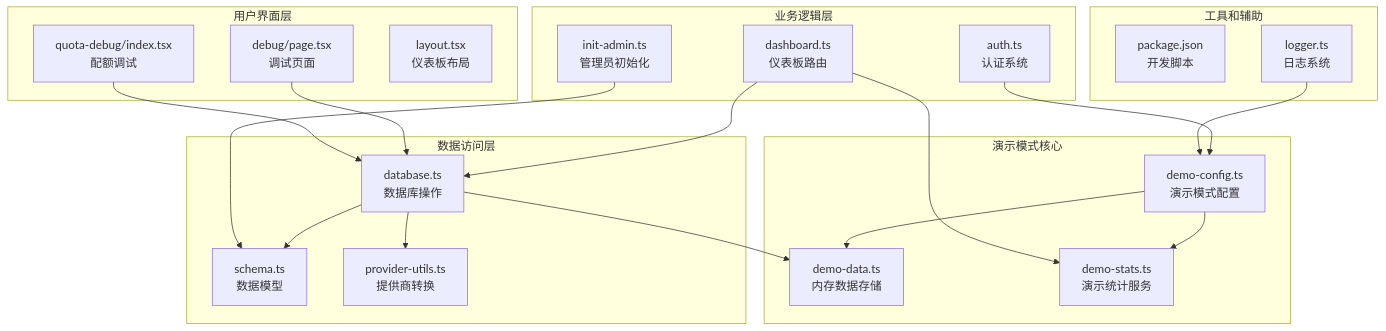
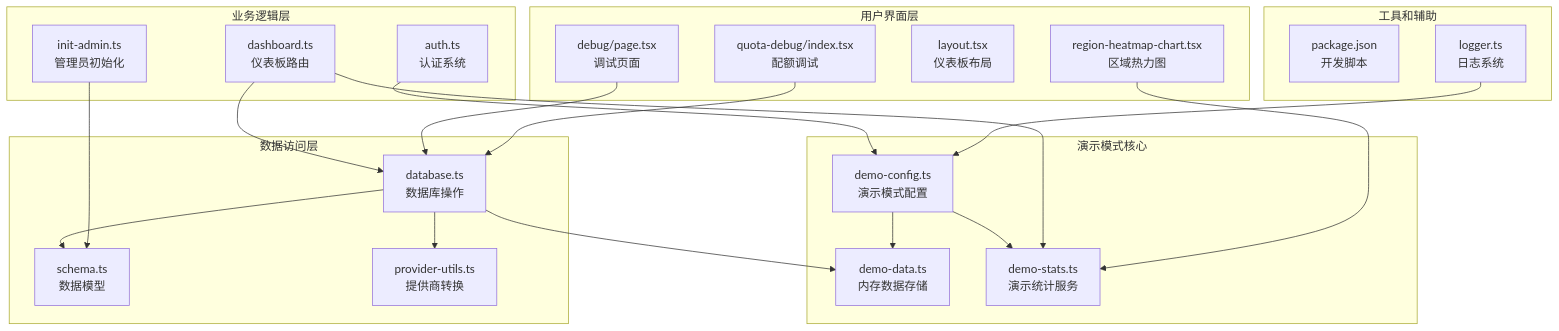
One commit to RadiumAg/AIGate changed the first of 9 diagrams in .qoder/repowiki/zh/content/核心功能/演示模式系统.md. Above: the diagram before and after it, drawn with Mermaid. The commit also changed other lines of this file and 30 other files, not shown here.

````diff
--- a/.qoder/repowiki/zh/content/核心功能/演示模式系统.md
+++ b/.qoder/repowiki/zh/content/核心功能/演示模式系统.md
@@ -58,39 +59,41 @@
 ```mermaid
 graph TB
 subgraph "演示模式核心"
 DC[demo-config.ts<br/>演示模式配置]
 DD[demo-data.ts<br/>内存数据存储]
 DS[demo-stats.ts<br/>演示统计服务]
 end
 subgraph "数据访问层"
 DB[database.ts<br/>数据库操作]
 SC[schema.ts<br/>数据模型]
 PU[provider-utils.ts<br/>提供商转换]
 end
 subgraph "业务逻辑层"
 DR[dashboard.ts<br/>仪表板路由]
 AU[auth.ts<br/>认证系统]
 IL[init-admin.ts<br/>管理员初始化]
 end
 subgraph "用户界面层"
 DP[debug/page.tsx<br/>调试页面]
 QD[quota-debug/index.tsx<br/>配额调试]
 DL[layout.tsx<br/>仪表板布局]
+RHC[region-heatmap-chart.tsx<br/>区域热力图]
 end
 subgraph "工具和辅助"
 PKG[package.json<br/>开发脚本]
 LG[logger.ts<br/>日志系统]
 end
 DC --> DD
 DC --> DS
 DB --> DD
 DB --> SC
 DB --> PU
 DR --> DS
 DR --> DB
 DP --> DB
 QD --> DB
 AU --> DC
 IL --> SC
 LG --> DC
+RHC --> DS
 ```
````
